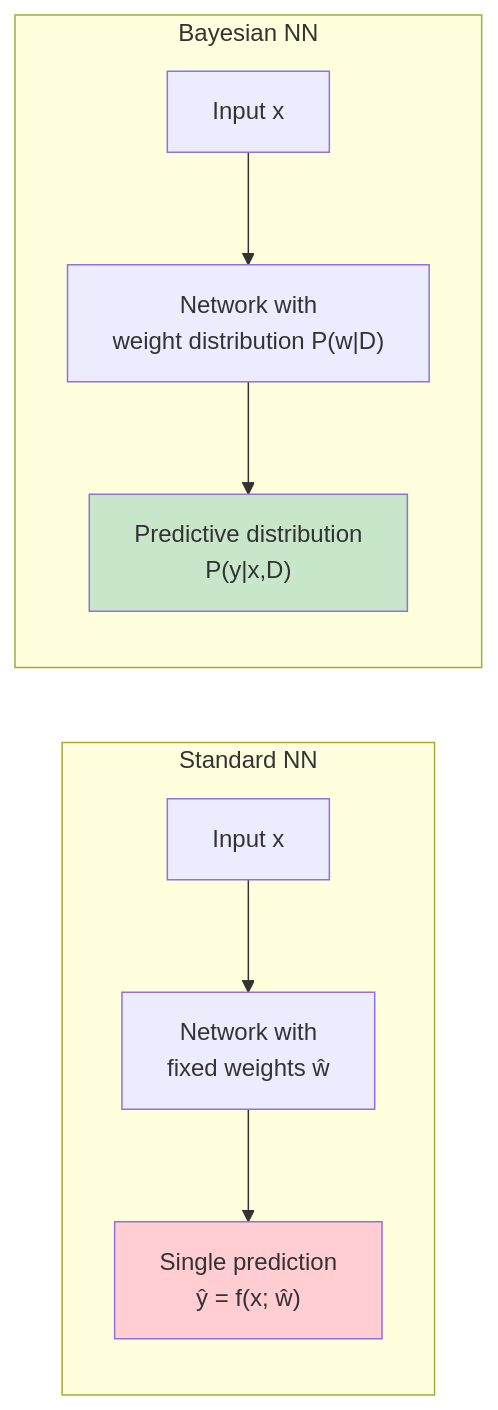
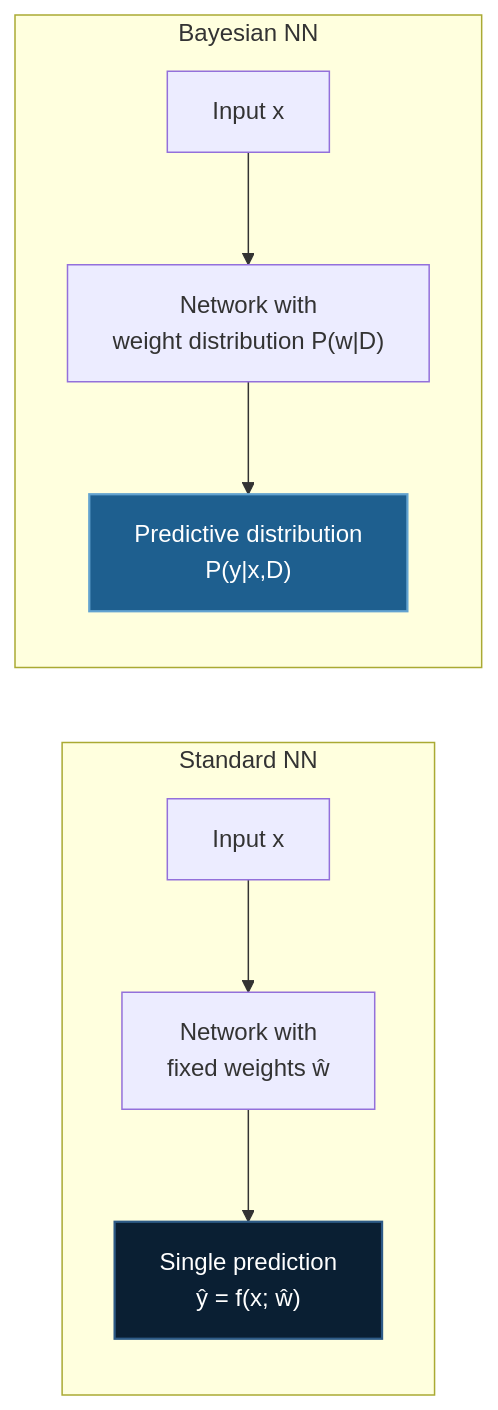
Before and after one commit to yiqiao-yin/deepspeed-course: the fifth of 10 diagrams in docusaurus-docs/docs/tutorials/intermediate/bayesian-nn.md, drawn with Mermaid. The commit also changed other lines of this file and 12 other files, not shown here.

````diff
--- a/docusaurus-docs/docs/tutorials/intermediate/bayesian-nn.md
+++ b/docusaurus-docs/docs/tutorials/intermediate/bayesian-nn.md
@@ -243,15 +243,15 @@
 ```mermaid
 graph LR
     subgraph "Standard NN"
         INPUT1["Input x"] --> NN1["Network with<br/>fixed weights ŵ"]
         NN1 --> OUTPUT1["Single prediction<br/>ŷ = f(x; ŵ)"]
     end
 
     subgraph "Bayesian NN"
         INPUT2["Input x"] --> NN2["Network with<br/>weight distribution P(w|D)"]
         NN2 --> OUTPUT2["Predictive distribution<br/>P(y|x,D)"]
     end
 
-    style OUTPUT1 fill:#ffcdd2
-    style OUTPUT2 fill:#c8e6c9
+    style OUTPUT1 fill:#0a1f33,stroke:#2d5a86,stroke-width:1.5px,color:#ffffff
+    style OUTPUT2 fill:#1e5f8f,stroke:#63a3d0,stroke-width:1.5px,color:#ffffff
 ```
````
